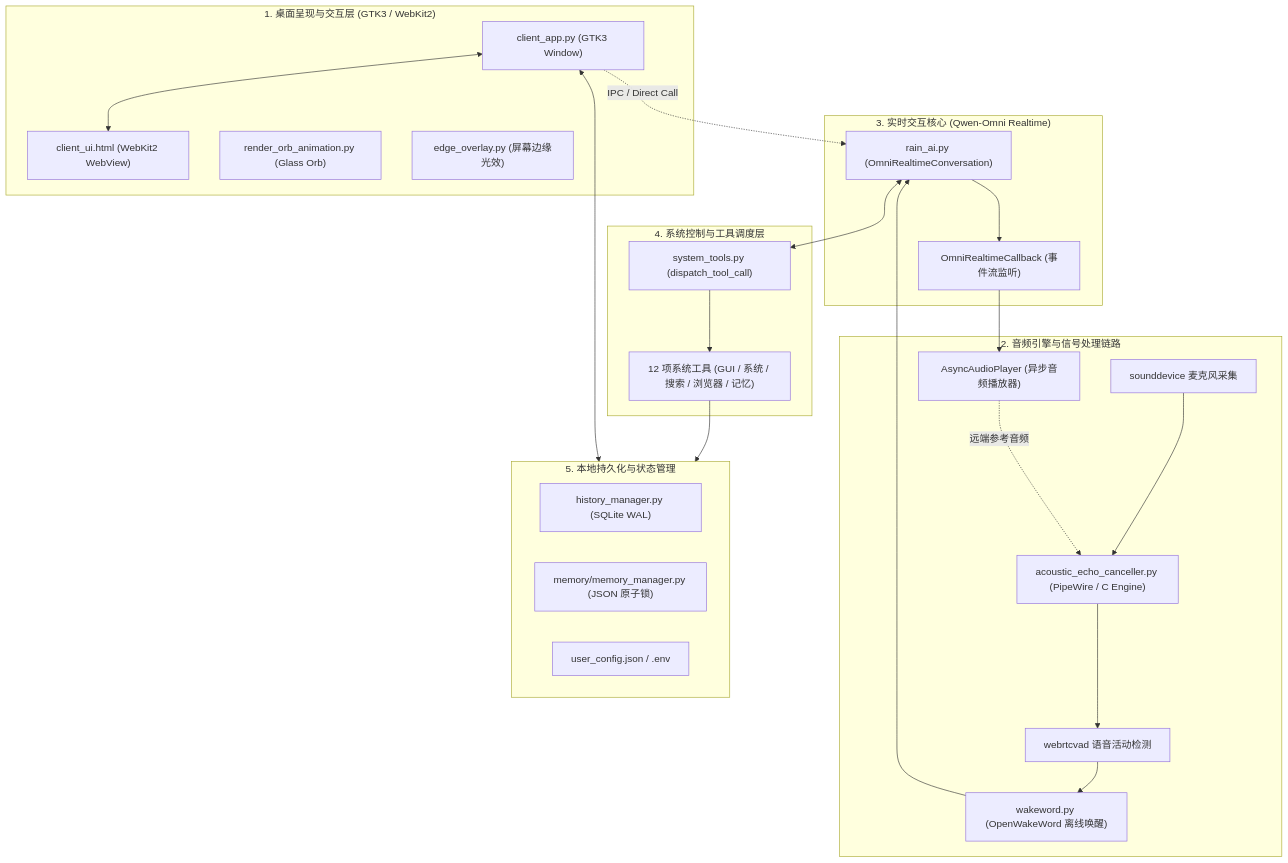
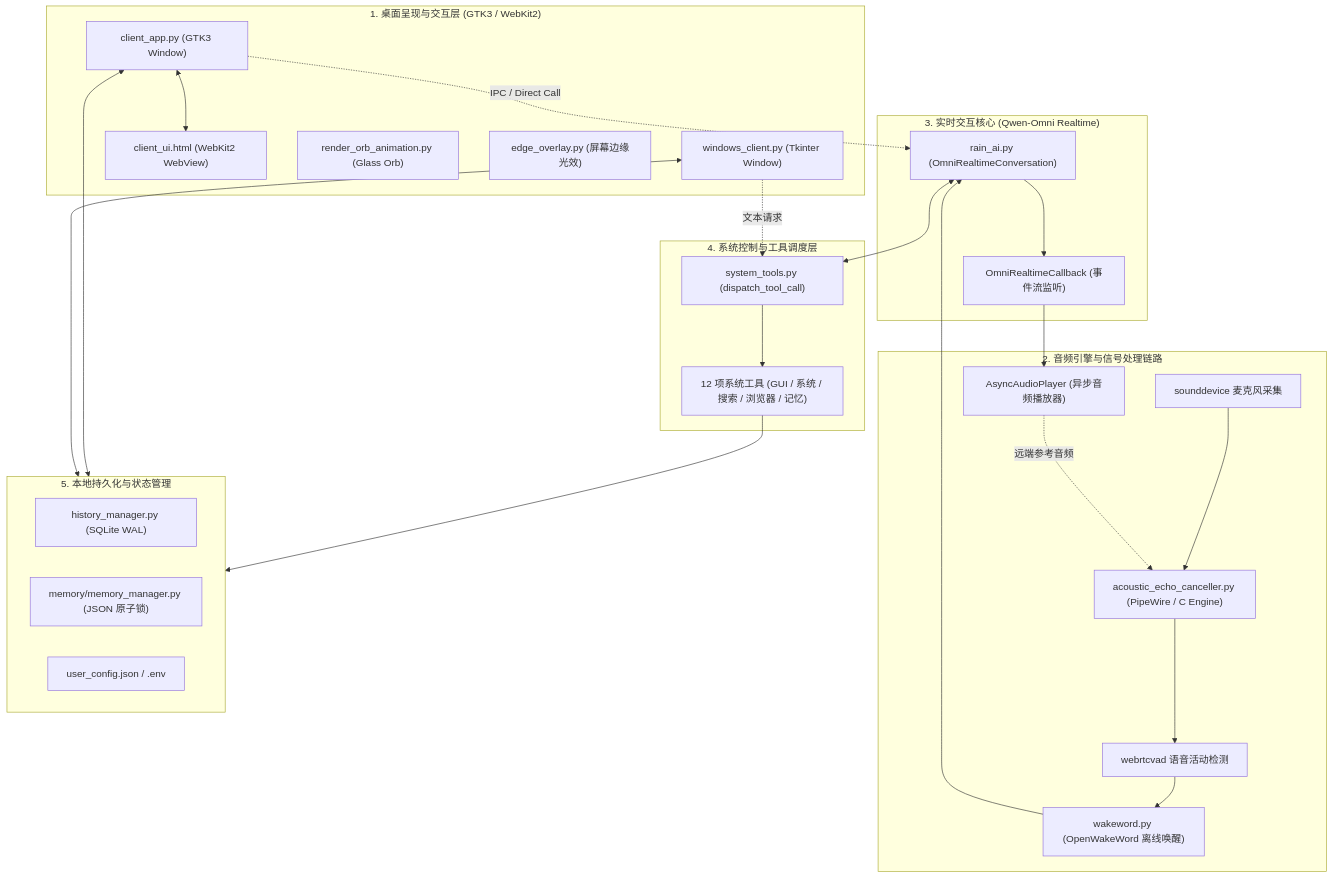
The diagram in docs/ARCHITECTURE.md (Raindarkstar/Jarvis), drawn with Mermaid before and after one commit. The commit also changed other lines of this file and 13 other files, not shown here.

Commit message:
Add Windows Tkinter desktop client

````diff
--- a/docs/ARCHITECTURE.md
+++ b/docs/ARCHITECTURE.md
@@ -11,46 +11,49 @@
 ```mermaid
 flowchart TD
     subgraph UI_Layer ["1. 桌面呈现与交互层 (GTK3 / WebKit2)"]
         ClientApp["client_app.py (GTK3 Window)"]
+        WindowsClient["windows_client.py (Tkinter Window)"]
         WebView["client_ui.html (WebKit2 WebView)"]
         Orb["render_orb_animation.py (Glass Orb)"]
         Overlay["edge_overlay.py (屏幕边缘光效)"]
     end
 
     subgraph Audio_Layer ["2. 音频引擎与信号处理链路"]
         SD["sounddevice 麦克风采集"]
         AEC["acoustic_echo_canceller.py (PipeWire / C Engine)"]
         VAD["webrtcvad 语音活动检测"]
         WW["wakeword.py (OpenWakeWord 离线唤醒)"]
         Player["AsyncAudioPlayer (异步音频播放器)"]
     end
 
     subgraph Core_Layer ["3. 实时交互核心 (Qwen-Omni Realtime)"]
         RealtimeConv["rain_ai.py (OmniRealtimeConversation)"]
         Callback["OmniRealtimeCallback (事件流监听)"]
     end
 
     subgraph Tool_Layer ["4. 系统控制与工具调度层"]
         Dispatcher["system_tools.py (dispatch_tool_call)"]
         Tools["12 项系统工具 (GUI / 系统 / 搜索 / 浏览器 / 记忆)"]
     end
 
     subgraph Storage_Layer ["5. 本地持久化与状态管理"]
         History["history_manager.py (SQLite WAL)"]
         Memory["memory/memory_manager.py (JSON 原子锁)"]
         Config["user_config.json / .env"]
     end
 
     %% 数据流连接
     SD --> AEC --> VAD --> WW --> RealtimeConv
     RealtimeConv --> Callback --> Player
     Player -. 远端参考音频 .-> AEC
 
     RealtimeConv <--> Dispatcher
     Dispatcher --> Tools
     Tools --> Storage_Layer
 
     ClientApp <--> WebView
     ClientApp <--> Storage_Layer
+    WindowsClient <--> Storage_Layer
+    WindowsClient -. 文本请求 .-> Dispatcher
     ClientApp -. IPC / Direct Call .-> RealtimeConv
 ```
````
